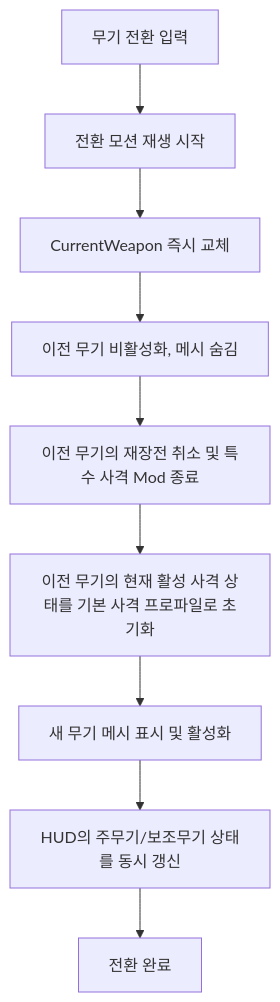
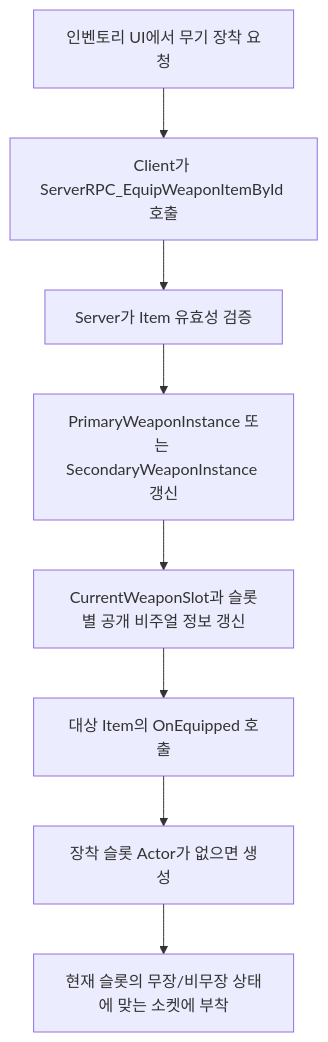
Before and after one commit to TeamApoc/ProjectR: the first of 4 diagrams in Docs/[시스템 기획] 무기_장비.md, drawn with Mermaid. The commit also changed other lines of this file and 36 other files, not shown here.

````diff
--- a/Docs/[시스템 기획] 무기_장비.md
+++ b/Docs/[시스템 기획] 무기_장비.md
@@ -50,11 +186,10 @@
 ```mermaid
 flowchart TD
-    A[무기 전환 입력] --> B[전환 모션 재생 시작]
-    B --> C[CurrentWeapon 즉시 교체]
-    C --> D[이전 무기 비활성화, 메시 숨김]
-    D --> E[이전 무기의 재장전 취소 및 특수 사격 Mod 종료]
-    E --> F[이전 무기의 현재 활성 사격 상태를 기본 사격 프로파일로 초기화]
-    F --> G[새 무기 메시 표시 및 활성화]
-    G --> H[HUD의 주무기/보조무기 상태를 동시 갱신]
-    H --> I[전환 완료]
+    A[인벤토리 UI에서 무기 장착 요청] --> B[Client가 ServerRPC_EquipWeaponItemById 호출]
+    B --> C[Server가 Item 유효성 검증]
+    C --> D[PrimaryWeaponInstance 또는 SecondaryWeaponInstance 갱신]
+    D --> E[CurrentWeaponSlot과 슬롯별 공개 비주얼 정보 갱신]
+    E --> F[대상 Item의 OnEquipped 호출]
+    F --> G[장착 슬롯 Actor가 없으면 생성]
+    G --> H[현재 슬롯의 무장/비무장 상태에 맞는 소켓에 부착]
 ```
````
